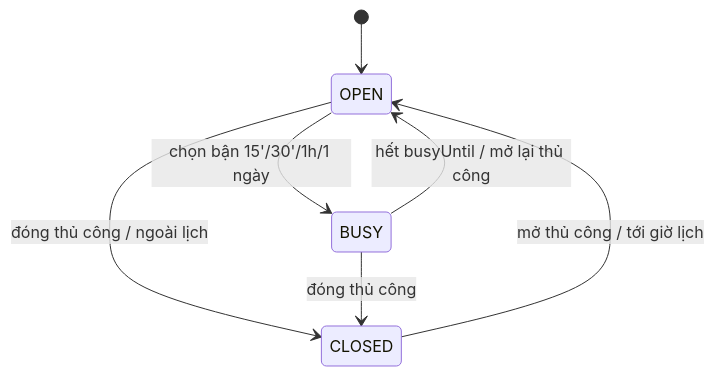
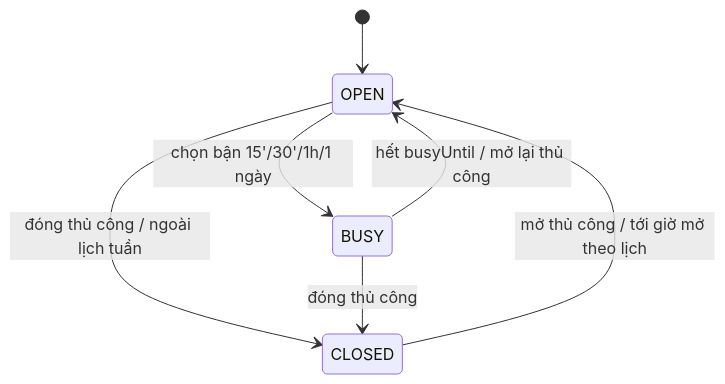
Before and after one commit to thanhpino/MobileAppFinalProject-MiaoSong: the third of 10 diagrams in docs/06-state-data-class.md, drawn with Mermaid. The commit also changed other lines of this file and 51 other files, not shown here.

Commit message:
- completed class diagrams - completed activity diagrams - completed use case diagrams - completed test plans - adjusted the sequence diagrams from TMT after changing from vnpay to zalopay, and ggmap to openstreetmap

````diff
--- a/docs/06-state-data-class.md
+++ b/docs/06-state-data-class.md
@@ -69,9 +78,9 @@
 ```mermaid
 stateDiagram-v2
     [*] --> OPEN
     OPEN --> BUSY: chọn bận 15'/30'/1h/1 ngày
     BUSY --> OPEN: hết busyUntil / mở lại thủ công
-    OPEN --> CLOSED: đóng thủ công / ngoài lịch
+    OPEN --> CLOSED: đóng thủ công / ngoài lịch tuần
     BUSY --> CLOSED: đóng thủ công
-    CLOSED --> OPEN: mở thủ công / tới giờ lịch
+    CLOSED --> OPEN: mở thủ công / tới giờ mở theo lịch
 ```
````
